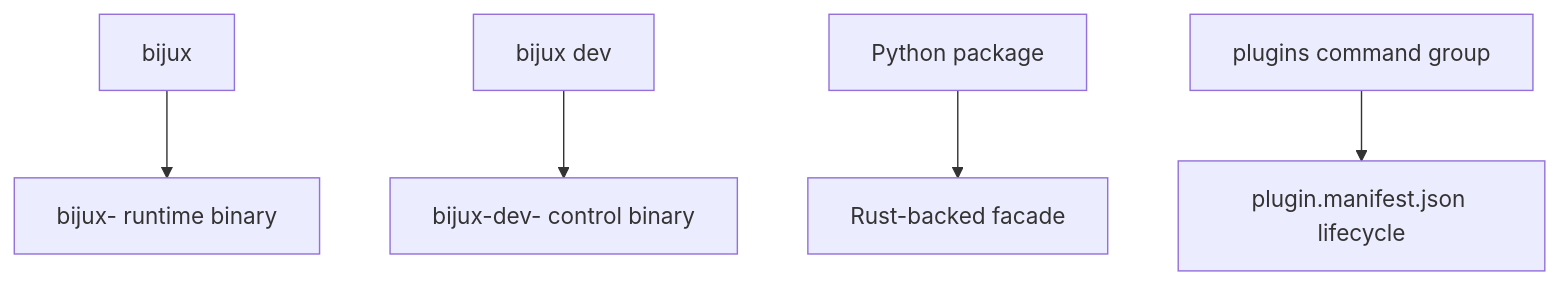
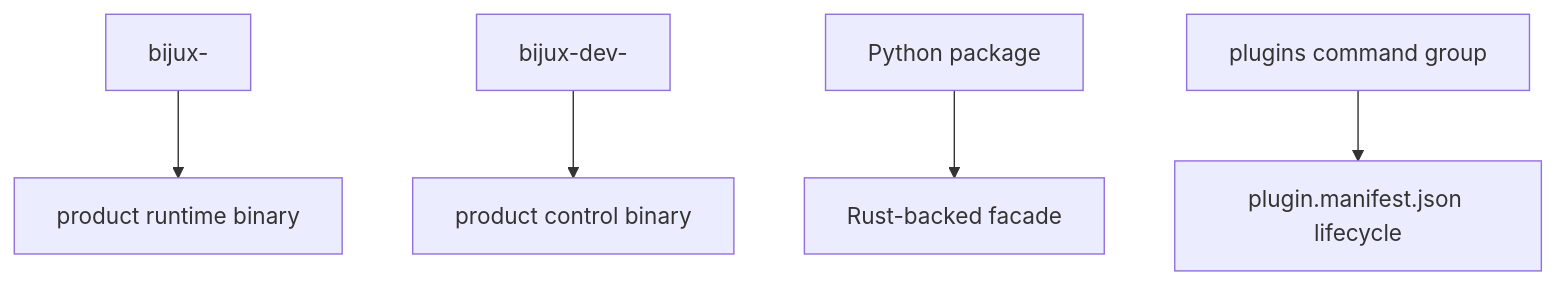
Before and after one commit to bijux/bijux-cli: the first of 2 diagrams in docs/06-reference/integrations-and-routed-runtimes.md, drawn with Mermaid. The commit also changed other lines of this file and 15 other files, not shown here.

Commit message:
refactor(control-plane): separate maintainer binaries from runtime docs

````diff
--- a/docs/06-reference/integrations-and-routed-runtimes.md
+++ b/docs/06-reference/integrations-and-routed-runtimes.md
@@ -9,7 +9,7 @@
 ```mermaid
 flowchart TD
-    A[bijux <tool>] --> B[bijux-<tool> runtime binary]
-    C[bijux dev <tool>] --> D[bijux-dev-<tool> control binary]
+    A[bijux-<tool>] --> B[product runtime binary]
+    C[bijux-dev-<tool>] --> D[product control binary]
     E[Python package] --> F[Rust-backed facade]
     G[plugins command group] --> H[plugin.manifest.json lifecycle]
 ```
````
